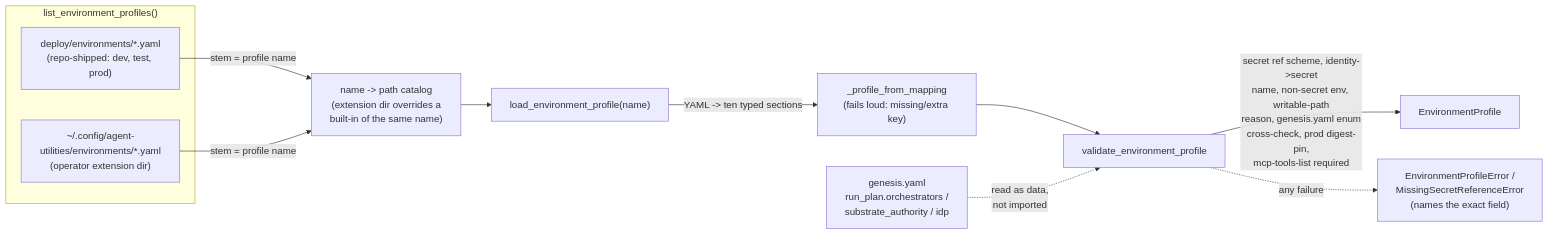
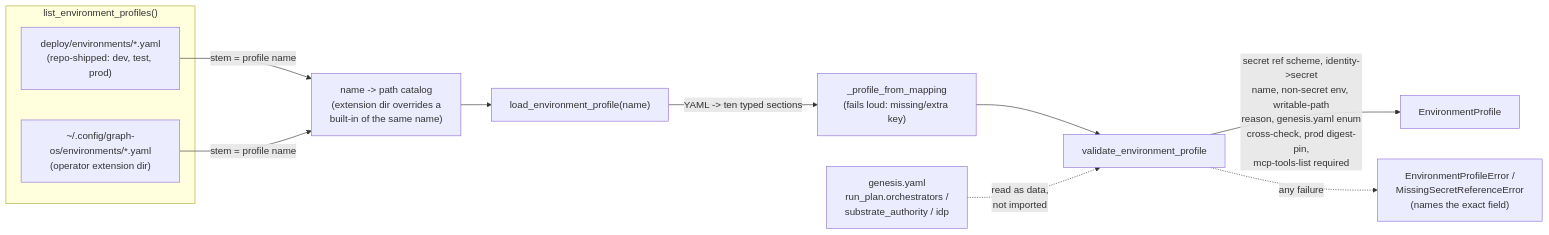
The diagram in docs/architecture/genesis-environment-profiles.md (Knuckles-Team/agent-utilities), drawn with Mermaid before and after one commit. The commit also changed 45 other files, not shown here.

First line of the commit message:
refactor(config): platform config dir is ~/.config/graph-os

````diff
--- a/docs/architecture/genesis-environment-profiles.md
+++ b/docs/architecture/genesis-environment-profiles.md
@@ -54,15 +54,15 @@
 ```mermaid
 flowchart LR
     subgraph Discover["list_environment_profiles()"]
         B["deploy/environments/*.yaml\n(repo-shipped: dev, test, prod)"]
-        X["~/.config/agent-utilities/environments/*.yaml\n(operator extension dir)"]
+        X["~/.config/graph-os/environments/*.yaml\n(operator extension dir)"]
     end
     B -->|"stem = profile name"| M["name -> path catalog\n(extension dir overrides a\nbuilt-in of the same name)"]
     X -->|"stem = profile name"| M
     M --> L["load_environment_profile(name)"]
     L -->|"YAML -> ten typed sections"| P["_profile_from_mapping\n(fails loud: missing/extra key)"]
     P --> V["validate_environment_profile"]
     V -->|"secret ref scheme, identity->secret\nname, non-secret env, writable-path\nreason, genesis.yaml enum\ncross-check, prod digest-pin,\nmcp-tools-list required"| OK["EnvironmentProfile"]
     V -.->|"any failure"| ERR["EnvironmentProfileError /\nMissingSecretReferenceError\n(names the exact field)"]
     G["genesis.yaml\nrun_plan.orchestrators /\nsubstrate_authority / idp"] -.->|"read as data,\nnot imported"| V
 ```
````
